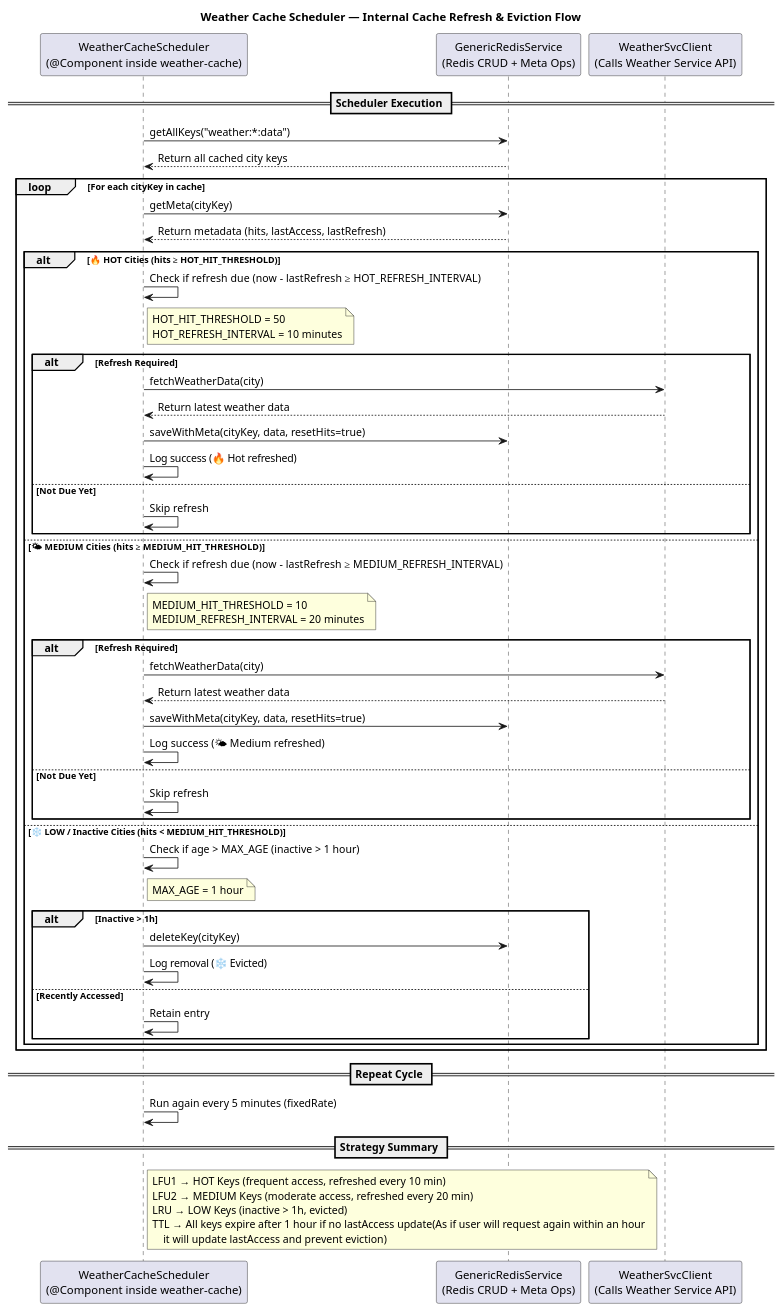
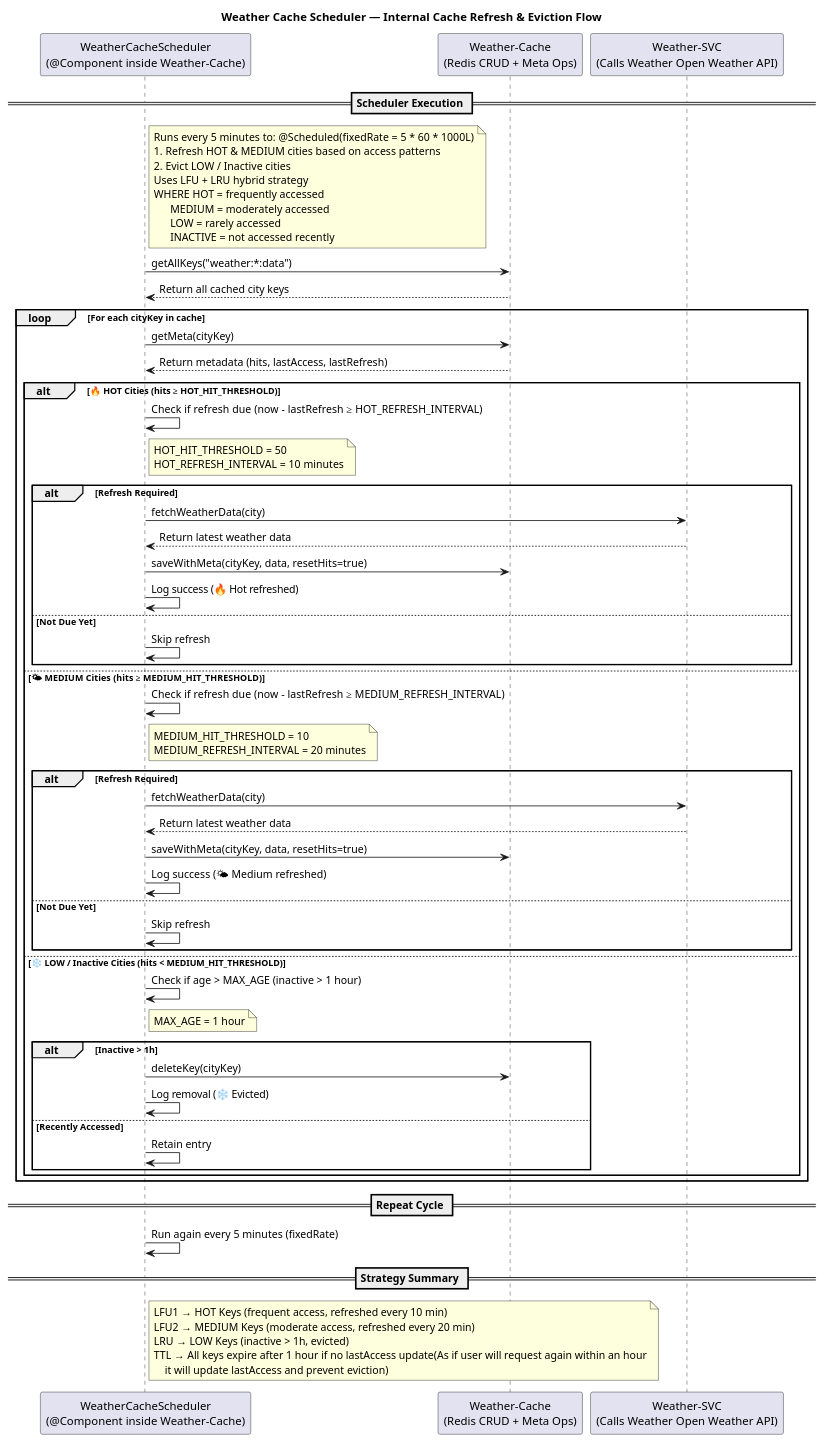
One commit to shivamnamdeo0101/weather-app changed the diagram in SequnceSchedularDig.puml. Above: the diagram before and after it, drawn with PlantUML.

Commit message:
puml updated

```diff
--- a/SequnceSchedularDig.puml
+++ b/SequnceSchedularDig.puml
@@ -1,72 +1,83 @@
 @startuml
 title Weather Cache Scheduler — Internal Cache Refresh & Eviction Flow
 
-participant "WeatherCacheScheduler\n(@Component inside weather-cache)" as scheduler
-participant "GenericRedisService\n(Redis CRUD + Meta Ops)" as redis
-participant "WeatherSvcClient\n(Calls Weather Service API)" as svc
+participant "WeatherCacheScheduler\n(@Component inside Weather-Cache)" as scheduler
+participant "Weather-Cache\n(Redis CRUD + Meta Ops)" as redis
+participant "Weather-SVC\n(Calls Weather Open Weather API)" as svc
 
 == Scheduler Execution ==
+note right of scheduler
+Runs every 5 minutes to: @Scheduled(fixedRate = 5 * 60 * 1000L)
+1. Refresh HOT & MEDIUM cities based on access patterns
+2. Evict LOW / Inactive cities
+Uses LFU + LRU hybrid strategy
+WHERE HOT = frequently accessed
+      MEDIUM = moderately accessed
+      LOW = rarely accessed
+      INACTIVE = not accessed recently
+end note
+
 scheduler -> redis: getAllKeys("weather:*:data")
 redis --> scheduler: Return all cached city keys
 
 loop For each cityKey in cache
     scheduler -> redis: getMeta(cityKey)
     redis --> scheduler: Return metadata (hits, lastAccess, lastRefresh)
 
     alt 🔥 HOT Cities (hits ≥ HOT_HIT_THRESHOLD)
         scheduler -> scheduler: Check if refresh due (now - lastRefresh ≥ HOT_REFRESH_INTERVAL)
         note right of scheduler
             HOT_HIT_THRESHOLD = 50
             HOT_REFRESH_INTERVAL = 10 minutes
         end note
         alt Refresh Required
             scheduler -> svc: fetchWeatherData(city)
             svc --> scheduler: Return latest weather data
             scheduler -> redis: saveWithMeta(cityKey, data, resetHits=true)
             scheduler -> scheduler: Log success (🔥 Hot refreshed)
         else Not Due Yet
             scheduler -> scheduler: Skip refresh
         end
 
     else 🌤 MEDIUM Cities (hits ≥ MEDIUM_HIT_THRESHOLD)
         scheduler -> scheduler: Check if refresh due (now - lastRefresh ≥ MEDIUM_REFRESH_INTERVAL)
         note right of scheduler
             MEDIUM_HIT_THRESHOLD = 10
             MEDIUM_REFRESH_INTERVAL = 20 minutes
         end note
         alt Refresh Required
             scheduler -> svc: fetchWeatherData(city)
             svc --> scheduler: Return latest weather data
             scheduler -> redis: saveWithMeta(cityKey, data, resetHits=true)
             scheduler -> scheduler: Log success (🌤 Medium refreshed)
         else Not Due Yet
             scheduler -> scheduler: Skip refresh
         end
 
     else ❄️ LOW / Inactive Cities (hits < MEDIUM_HIT_THRESHOLD)
         scheduler -> scheduler: Check if age > MAX_AGE (inactive > 1 hour)
         note right of scheduler
             MAX_AGE = 1 hour
         end note
         alt Inactive > 1h
             scheduler -> redis: deleteKey(cityKey)
             scheduler -> scheduler: Log removal (❄️ Evicted)
         else Recently Accessed
             scheduler -> scheduler: Retain entry
         end
     end
 end
 
 == Repeat Cycle ==
 scheduler -> scheduler: Run again every 5 minutes (fixedRate)
 
 == Strategy Summary ==
 note right of scheduler
 LFU1 → HOT Keys (frequent access, refreshed every 10 min)
 LFU2 → MEDIUM Keys (moderate access, refreshed every 20 min)
 LRU → LOW Keys (inactive > 1h, evicted)
 TTL → All keys expire after 1 hour if no lastAccess update(As if user will request again within an hour
     it will update lastAccess and prevent eviction)
 end note
 
 @enduml
```
